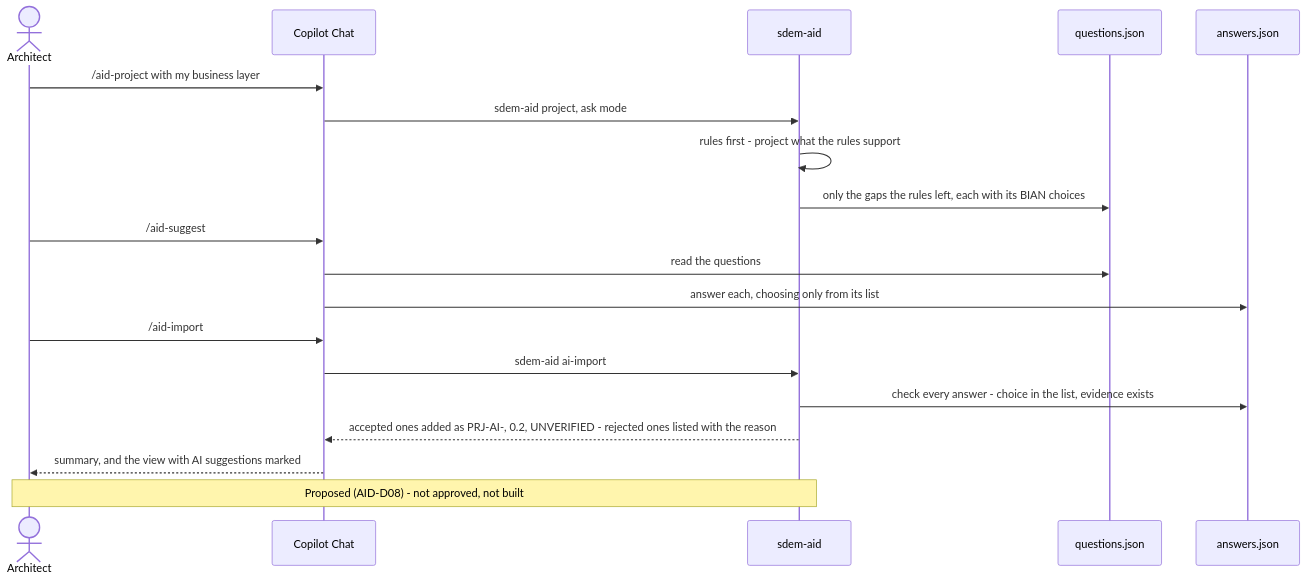
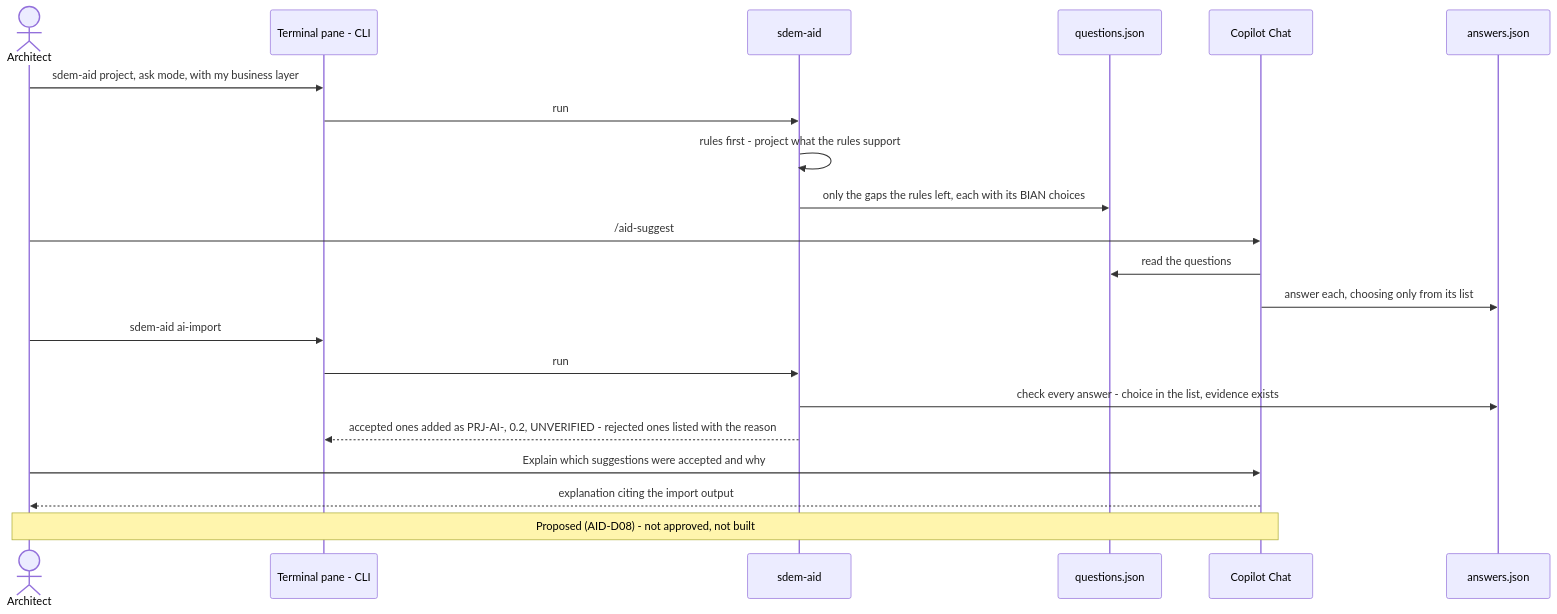
One commit to taumoeps/bian-sdem-framework changed the sixth of 6 diagrams in docs/sdem-workbench-design.md. Above: the diagram before and after it, drawn with Mermaid. The commit also changed other lines of this file and 6 other files, not shown here.

````diff
--- a/docs/sdem-workbench-design.md
+++ b/docs/sdem-workbench-design.md
@@ -257,21 +275,23 @@
 ```mermaid
 sequenceDiagram
     actor A as Architect
-    participant C as Copilot Chat
+    participant T as Terminal pane - CLI
     participant P as sdem-aid
     participant Q as questions.json
+    participant C as Copilot Chat
     participant N as answers.json
-    A->>C: /aid-project with my business layer
-    C->>P: sdem-aid project, ask mode
+    A->>T: sdem-aid project, ask mode, with my business layer
+    T->>P: run
     P->>P: rules first - project what the rules support
     P->>Q: only the gaps the rules left, each with its BIAN choices
     A->>C: /aid-suggest
     C->>Q: read the questions
     C->>N: answer each, choosing only from its list
-    A->>C: /aid-import
-    C->>P: sdem-aid ai-import
+    A->>T: sdem-aid ai-import
+    T->>P: run
     P->>N: check every answer - choice in the list, evidence exists
-    P-->>C: accepted ones added as PRJ-AI-, 0.2, UNVERIFIED - rejected ones listed with the reason
-    C-->>A: summary, and the view with AI suggestions marked
-    Note over A,P: Proposed (AID-D08) - not approved, not built
+    P-->>T: accepted ones added as PRJ-AI-, 0.2, UNVERIFIED - rejected ones listed with the reason
+    A->>C: Explain which suggestions were accepted and why
+    C-->>A: explanation citing the import output
+    Note over A,C: Proposed (AID-D08) - not approved, not built
 ```
````
